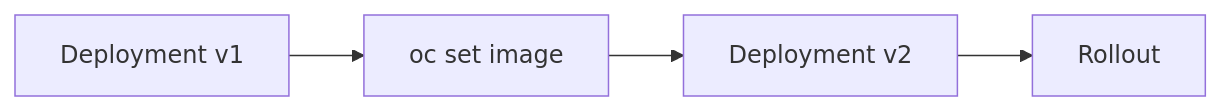
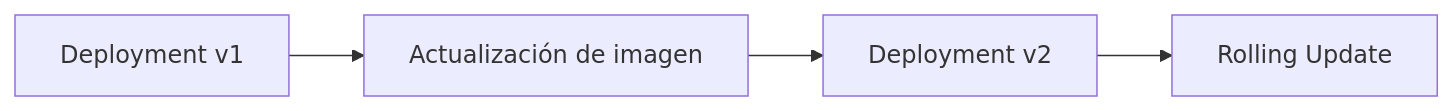
One commit to ieftraining/curso-openshift changed the second of 3 diagrams in docs/sesion2/2.1 Cargas de trabajo.md. Above: the diagram before and after it, drawn with Mermaid. The commit also changed other lines of this file, not shown here.

````diff
--- a/docs/sesion2/2.1 Cargas de trabajo.md
+++ b/docs/sesion2/2.1 Cargas de trabajo.md
@@ -338,7 +164,7 @@
 ```mermaid
 flowchart LR
-    A[Deployment v1]
-    --> B[oc set image]
-    --> C[Deployment v2]
-    --> D[Rollout]
+    V1[Deployment v1]
+    --> U[Actualización de imagen]
+    --> V2[Deployment v2]
+    --> R[Rolling Update]
 ```
````
